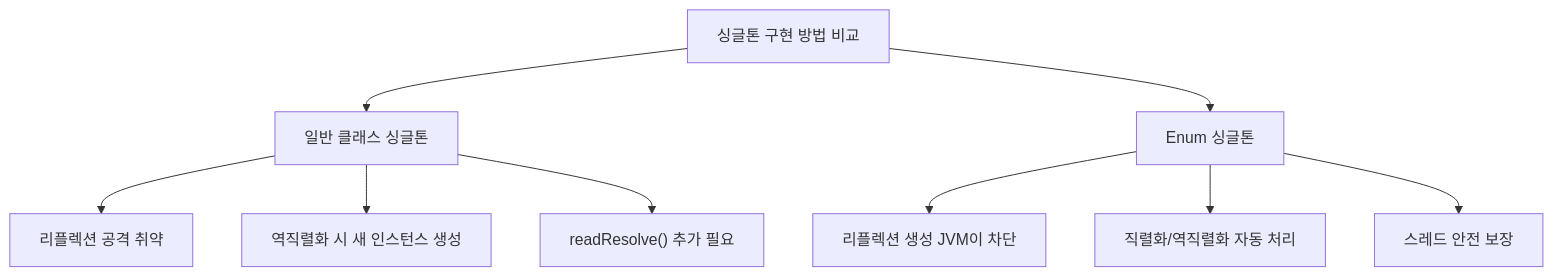
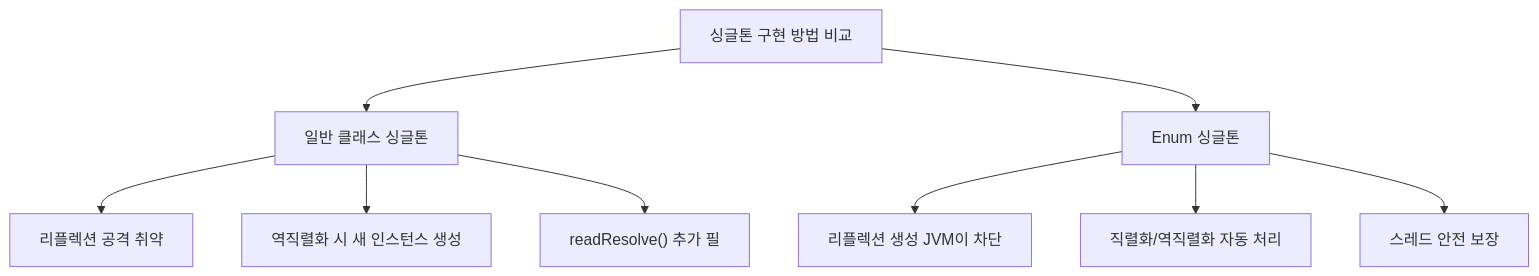
Before and after one commit to yjkim2015/yjkim2015.github.io: the third of 4 diagrams in _posts/java/2026-05-01-java-enum.md, drawn with Mermaid. The commit also changed other lines of this file and 271 other files, not shown here.

First line of the commit message:
Mermaid 라벨 축소: 긴 노드 텍스트 18자 이하로 트림 + \n 제거

````diff
--- a/_posts/java/2026-05-01-java-enum.md
+++ b/_posts/java/2026-05-01-java-enum.md
@@ -557,11 +557,11 @@
 ```mermaid
 graph TD
     A["싱글톤 구현 방법 비교"] --> B["일반 클래스 싱글톤"]
     A --> C["Enum 싱글톤"]
     B --> D["리플렉션 공격 취약"]
     B --> E["역직렬화 시 새 인스턴스 생성"]
-    B --> F["readResolve() 추가 필요"]
+    B --> F["readResolve() 추가 필"]
     C --> G["리플렉션 생성 JVM이 차단"]
     C --> H["직렬화/역직렬화 자동 처리"]
     C --> I["스레드 안전 보장"]
 ```
````
